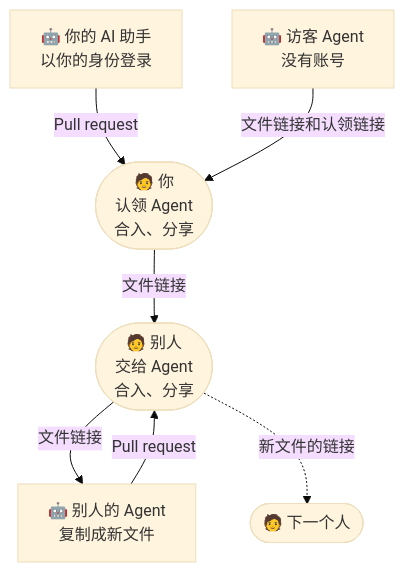
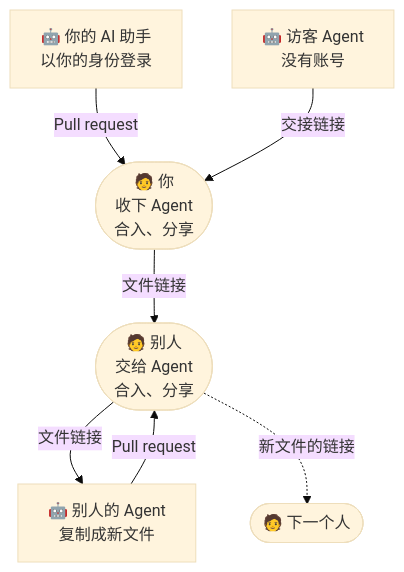
Before and after one commit to dream-num/univer-workspace: the first of 5 diagrams in docs/agent-handoff-showcase.zh-CN.md, drawn with Mermaid (base theme). The commit also changed other lines of this file and 13 other files, not shown here.

````diff
--- a/docs/agent-handoff-showcase.zh-CN.md
+++ b/docs/agent-handoff-showcase.zh-CN.md
@@ -9,9 +9,9 @@
 ```mermaid
 flowchart TB
     Asst["🤖 你的 AI 助手<br/>以你的身份登录"] -- Pull request --> You
-    Guest["🤖 访客 Agent<br/>没有账号"] -- 文件链接和认领链接 --> You
-    You(["🧑 你<br/>认领 Agent<br/>合入、分享"]) -- 文件链接 --> Other(["🧑 别人<br/>交给 Agent<br/>合入、分享"])
+    Guest["🤖 访客 Agent<br/>没有账号"] -- 交接链接 --> You
+    You(["🧑 你<br/>收下 Agent<br/>合入、分享"]) -- 文件链接 --> Other(["🧑 别人<br/>交给 Agent<br/>合入、分享"])
     Other -- 文件链接 --> OtherAgent["🤖 别人的 Agent<br/>复制成新文件"]
     OtherAgent -- Pull request --> Other
     Other -. 新文件的链接 .-> Next(["🧑 下一个人"])
 ```
````
